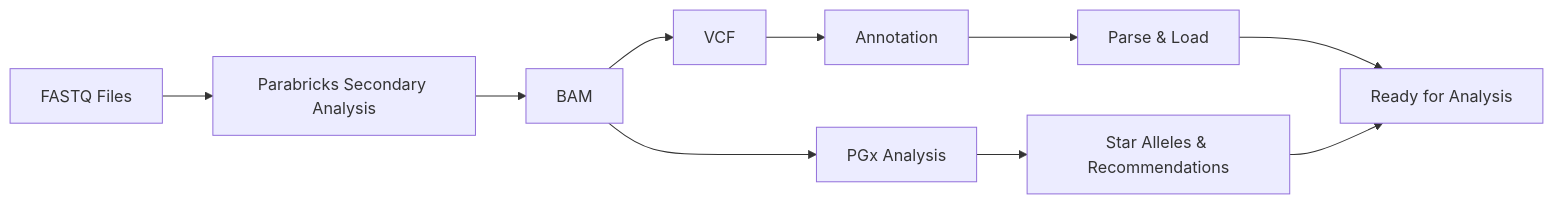
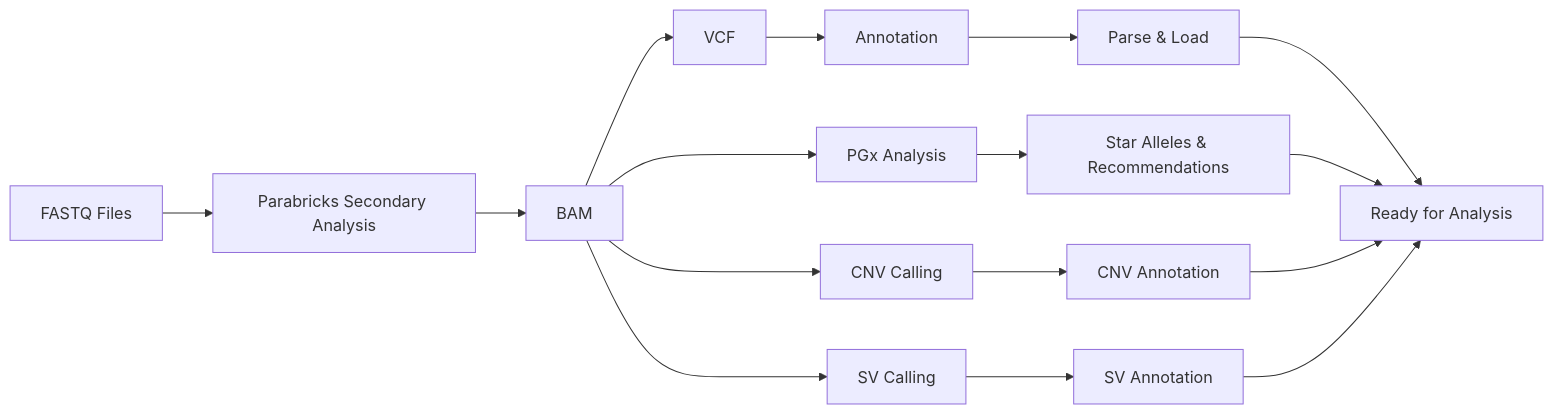
The diagram in docs/samples/secondary-analysis.md (MHSPL/aiva-docs), drawn with Mermaid before and after one commit. The commit also changed other lines of this file and 5 other files, not shown here.

````diff
--- a/docs/samples/secondary-analysis.md
+++ b/docs/samples/secondary-analysis.md
@@ -33,12 +32,18 @@
 ```mermaid
 graph LR
     A[FASTQ Files] --> B[Parabricks Secondary Analysis]
     B --> C[BAM]
     C --> D[VCF]
     C --> E[PGx Analysis]
+    C --> J[CNV Calling]
+    C --> K[SV Calling]
     D --> F[Annotation]
     F --> G[Parse & Load]
     G --> H[Ready for Analysis]
     E --> I[Star Alleles & Recommendations]
     I --> H
+    J --> L[CNV Annotation]
+    L --> H
+    K --> M[SV Annotation]
+    M --> H
 ```
````
